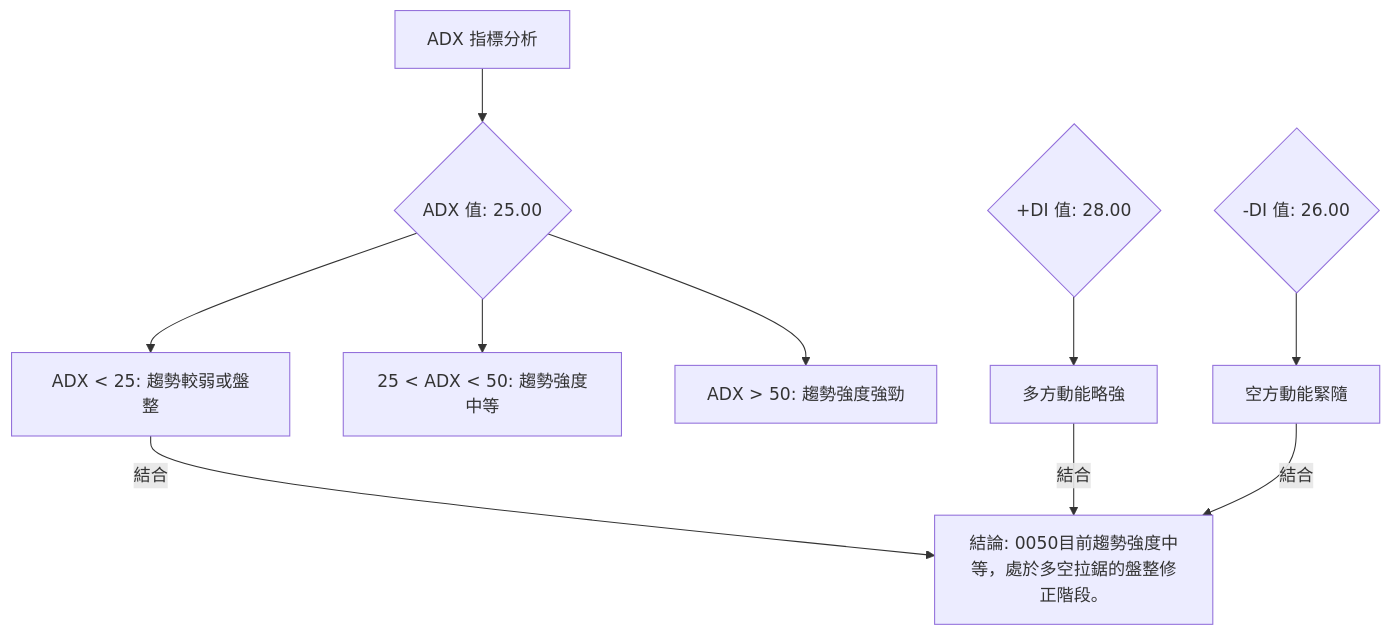
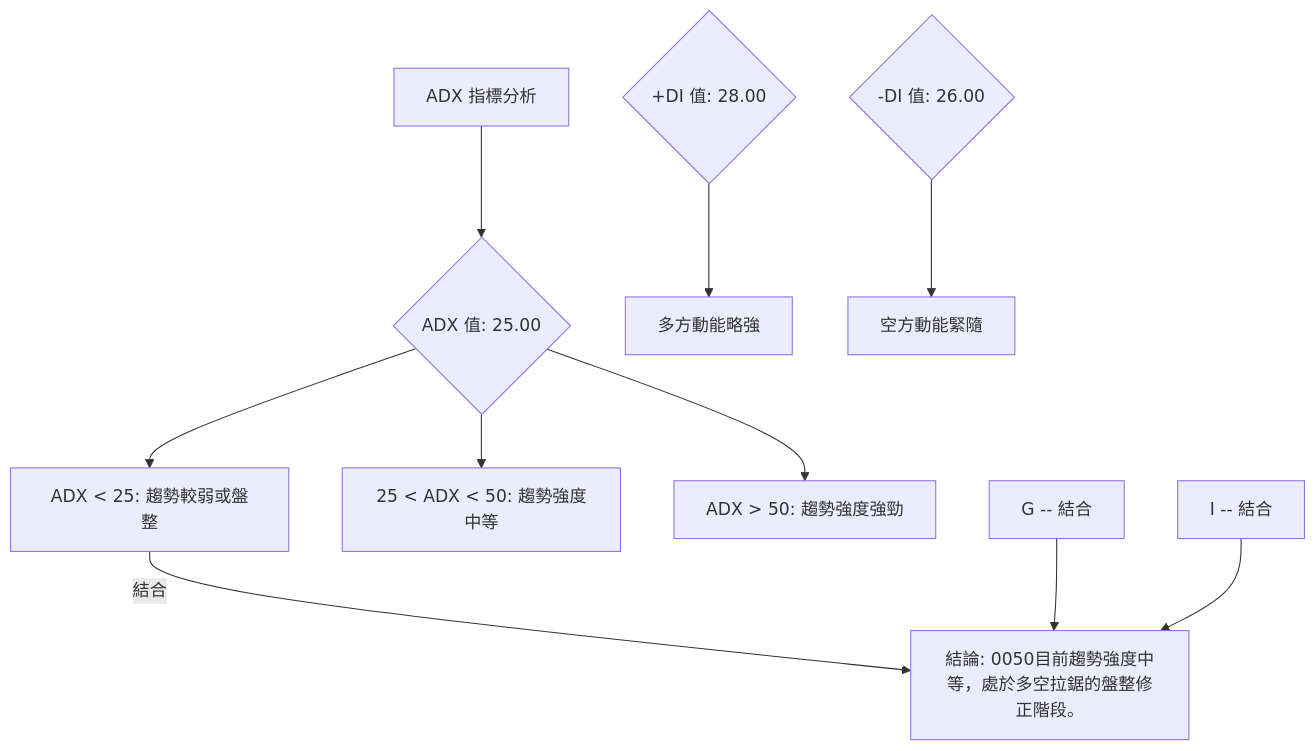
Before and after one commit to yennanliu/finance_data: the third of 10 diagrams in ai_gen_report/stock/0050/technical_analysis_2026-06-30_gemini.md, drawn with Mermaid. The commit also changed other lines of this file and 2258 other files, not shown here.

First line of the commit message:
chore: backfill Mermaid syntax repair across existing reports

````diff
--- a/ai_gen_report/stock/0050/technical_analysis_2026-06-30_gemini.md
+++ b/ai_gen_report/stock/0050/technical_analysis_2026-06-30_gemini.md
@@ -206,14 +206,14 @@
 ```mermaid
 graph TD
-    A[ADX 指標分析] --> B{ADX 值: 25.00}
+    A["ADX 指標分析"] --> B{"ADX 值: 25.00"}
     B --> C["ADX < 25: 趨勢較弱或盤整"]
     B --> D["25 < ADX < 50: 趨勢強度中等"]
     B --> E["ADX > 50: 趨勢強度強勁"]
 
-    F{+DI 值: 28.00} --> G[多方動能略強]
-    H{-DI 值: 26.00} --> I[空方動能緊隨]
+    F{"+DI 值: 28.00"} --> G["多方動能略強"]
+    H{"-DI 值: 26.00"} --> I["空方動能緊隨"]
 
-    C -- 結合 --> J[結論: 0050目前趨勢強度中等，處於多空拉鋸的盤整修正階段。]
-    G -- 結合 --> J
-    I -- 結合 --> J
+    C -- 結合 --> J["結論: 0050目前趨勢強度中等，處於多空拉鋸的盤整修正階段。"]
+    nb1["G -- 結合"] --> J
+    nb2["I -- 結合"] --> J
 ```
````
